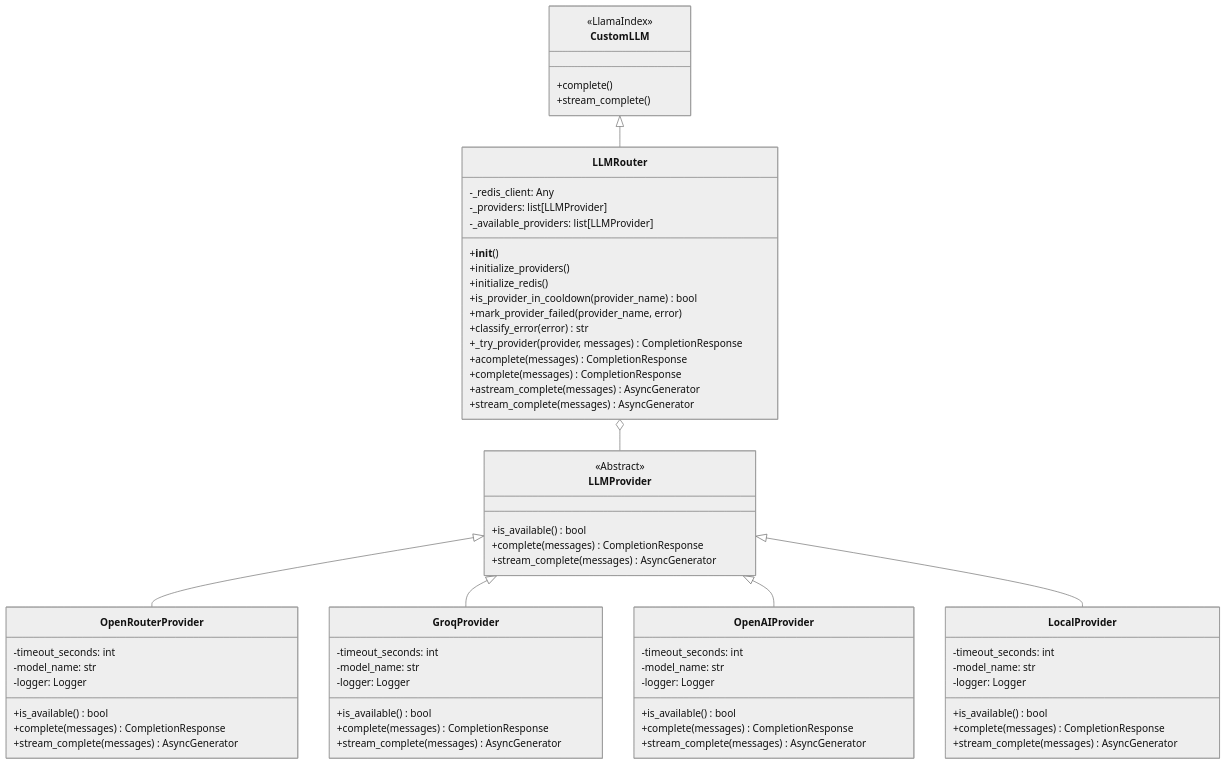
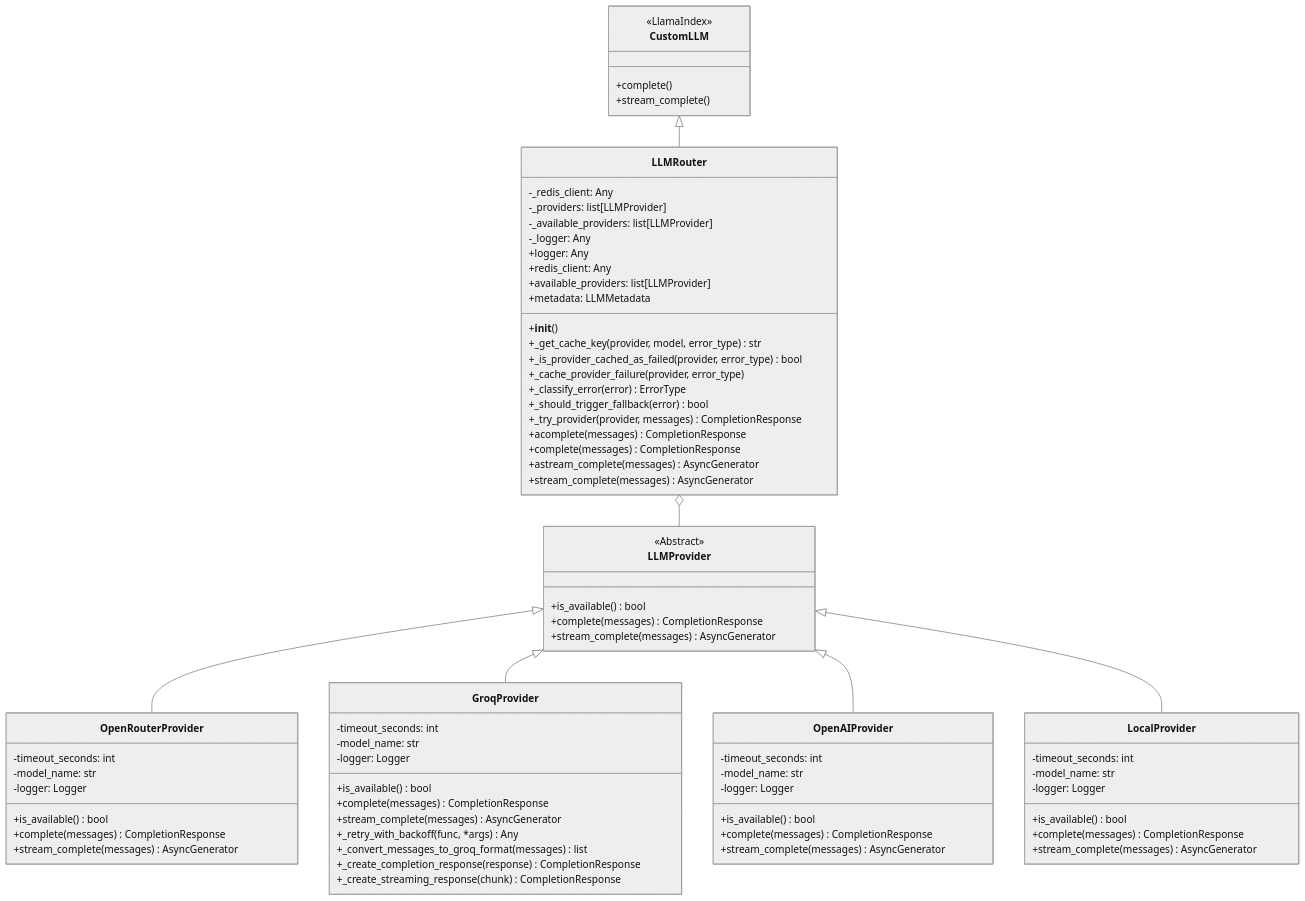
One commit to aemreusta/rag-api-for-docs changed the diagram in docs/diagrams/llm_router_classes.mmd. Above: the diagram before and after it, drawn with Mermaid (neutral theme). The commit also changed 4 other files, not shown here.

```diff
--- a/docs/diagrams/llm_router_classes.mmd
+++ b/docs/diagrams/llm_router_classes.mmd
@@ -1,73 +1,82 @@
 classDiagram
     class CustomLLM {
         <<LlamaIndex>>
         +complete()
         +stream_complete()
     }
     
     class LLMProvider {
         <<Abstract>>
         +is_available() bool
         +complete(messages) CompletionResponse
         +stream_complete(messages) AsyncGenerator
     }
     
     class OpenRouterProvider {
         -timeout_seconds: int
         -model_name: str
         -logger: Logger
         +is_available() bool
         +complete(messages) CompletionResponse
         +stream_complete(messages) AsyncGenerator
     }
     
     class GroqProvider {
         -timeout_seconds: int
         -model_name: str
         -logger: Logger
         +is_available() bool
         +complete(messages) CompletionResponse
         +stream_complete(messages) AsyncGenerator
+        +_retry_with_backoff(func, *args) Any
+        +_convert_messages_to_groq_format(messages) list
+        +_create_completion_response(response) CompletionResponse
+        +_create_streaming_response(chunk) CompletionResponse
     }
     
     class OpenAIProvider {
         -timeout_seconds: int
         -model_name: str
         -logger: Logger
         +is_available() bool
         +complete(messages) CompletionResponse
         +stream_complete(messages) AsyncGenerator
     }
     
     class LocalProvider {
         -timeout_seconds: int
         -model_name: str
         -logger: Logger
         +is_available() bool
         +complete(messages) CompletionResponse
         +stream_complete(messages) AsyncGenerator
     }
     
     class LLMRouter {
         -_redis_client: Any
         -_providers: list[LLMProvider]
         -_available_providers: list[LLMProvider]
+        -_logger: Any
+        +logger: Any
         +__init__()
-        +initialize_providers()
-        +initialize_redis()
-        +is_provider_in_cooldown(provider_name) bool
-        +mark_provider_failed(provider_name, error)
-        +classify_error(error) str
+        +redis_client: Any
+        +available_providers: list[LLMProvider]
+        +metadata: LLMMetadata
+        +_get_cache_key(provider, model, error_type) str
+        +_is_provider_cached_as_failed(provider, error_type) bool
+        +_cache_provider_failure(provider, error_type)
+        +_classify_error(error) ErrorType
+        +_should_trigger_fallback(error) bool
         +_try_provider(provider, messages) CompletionResponse
         +acomplete(messages) CompletionResponse
         +complete(messages) CompletionResponse
         +astream_complete(messages) AsyncGenerator
         +stream_complete(messages) AsyncGenerator
     }
     
     CustomLLM <|-- LLMRouter
     LLMProvider <|-- OpenRouterProvider
     LLMProvider <|-- GroqProvider
     LLMProvider <|-- OpenAIProvider
     LLMProvider <|-- LocalProvider
     LLMRouter o-- LLMProvider 
```
